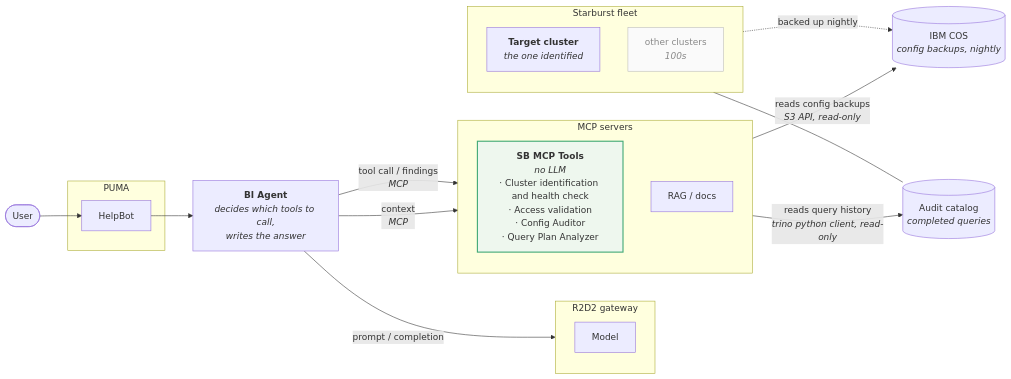
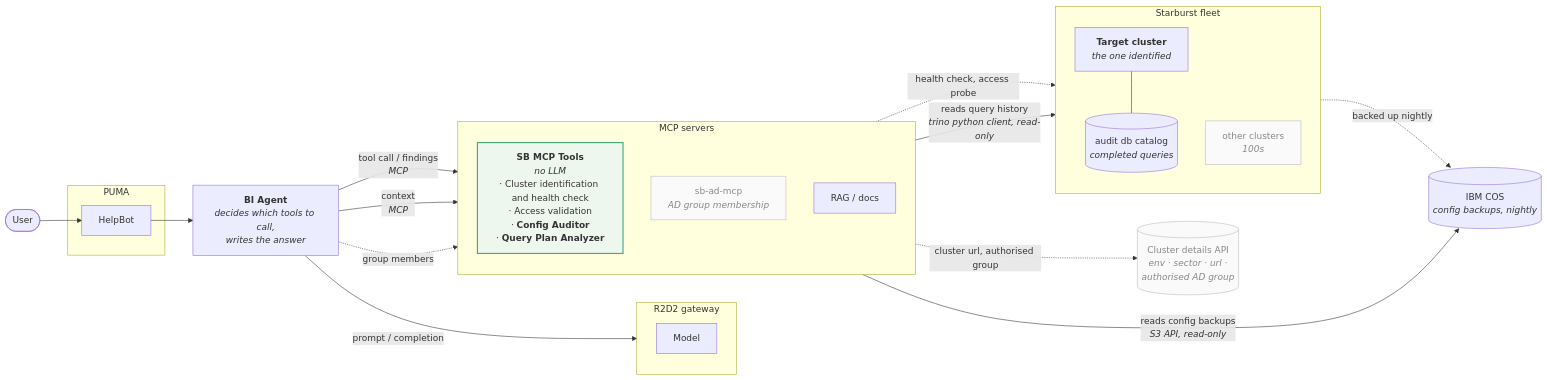
Before and after one commit to gopinathnelluri/sb-agent: the first of 8 diagrams in architecture.md, drawn with Mermaid. The commit also changed other lines of this file and 8 other files, not shown here.

First line of the commit message:
Connect to each cluster's own audit catalog

````diff
--- a/architecture.md
+++ b/architecture.md
@@ -15,44 +15,50 @@
 ```mermaid
 flowchart LR
     user(["User"])
 
     subgraph puma["PUMA"]
         chat["HelpBot"]
     end
 
     agent["<b>BI Agent</b><br/><i>decides which tools to call,<br/>writes the answer</i>"]
 
     subgraph r2d2["R2D2 gateway"]
         model["Model"]
     end
 
     subgraph mcps["MCP servers"]
         direction TB
-        sb["<b>SB MCP Tools</b><br/><i>no LLM</i><br/>· Cluster identification and health check<br/>· Access validation<br/>· Config Auditor<br/>· Query Plan Analyzer"]
+        sb["<b>SB MCP Tools</b><br/><i>no LLM</i><br/>· Cluster identification and health check<br/>· Access validation<br/>· <b>Config Auditor</b><br/>· <b>Query Plan Analyzer</b>"]
+        adm["sb-ad-mcp<br/><i>AD group membership</i>"]
         rag["RAG / docs"]
     end
+
+    mw[("Cluster details API<br/><i>env · sector · url ·<br/>authorised AD group</i>")]
 
     subgraph fleet["Starburst fleet"]
         direction TB
         target["<b>Target cluster</b><br/><i>the one identified</i>"]
+        audit[("audit db catalog<br/><i>completed queries</i>")]
         others["other clusters<br/><i>100s</i>"]
+        target --- audit
     end
 
     cos[("IBM COS<br/><i>config backups, nightly</i>")]
-    audit[("Audit catalog<br/><i>completed queries</i>")]
 
     user --> chat
     chat --> agent
     agent -->|"prompt / completion"| r2d2
     agent -->|"tool call / findings<br/><i>MCP</i>"| sb
     agent -->|"context<br/><i>MCP</i>"| rag
+    agent -.->|"group members"| adm
+    sb -.->|"cluster url, authorised group"| mw
+    sb -.->|"health check, access probe"| target
     sb -->|"reads config backups<br/><i>S3 API, read-only</i>"| cos
     sb -->|"reads query history<br/><i>trino python client, read-only</i>"| audit
     fleet -.->|"backed up nightly"| cos
-    target --- audit
 
     classDef mine fill:#eef7ee,stroke:#4a7,stroke-width:2px
     classDef dim fill:#fafafa,stroke:#bbb,color:#888
     class sb mine
-    class others dim
+    class others,adm,mw dim
 ```
````
